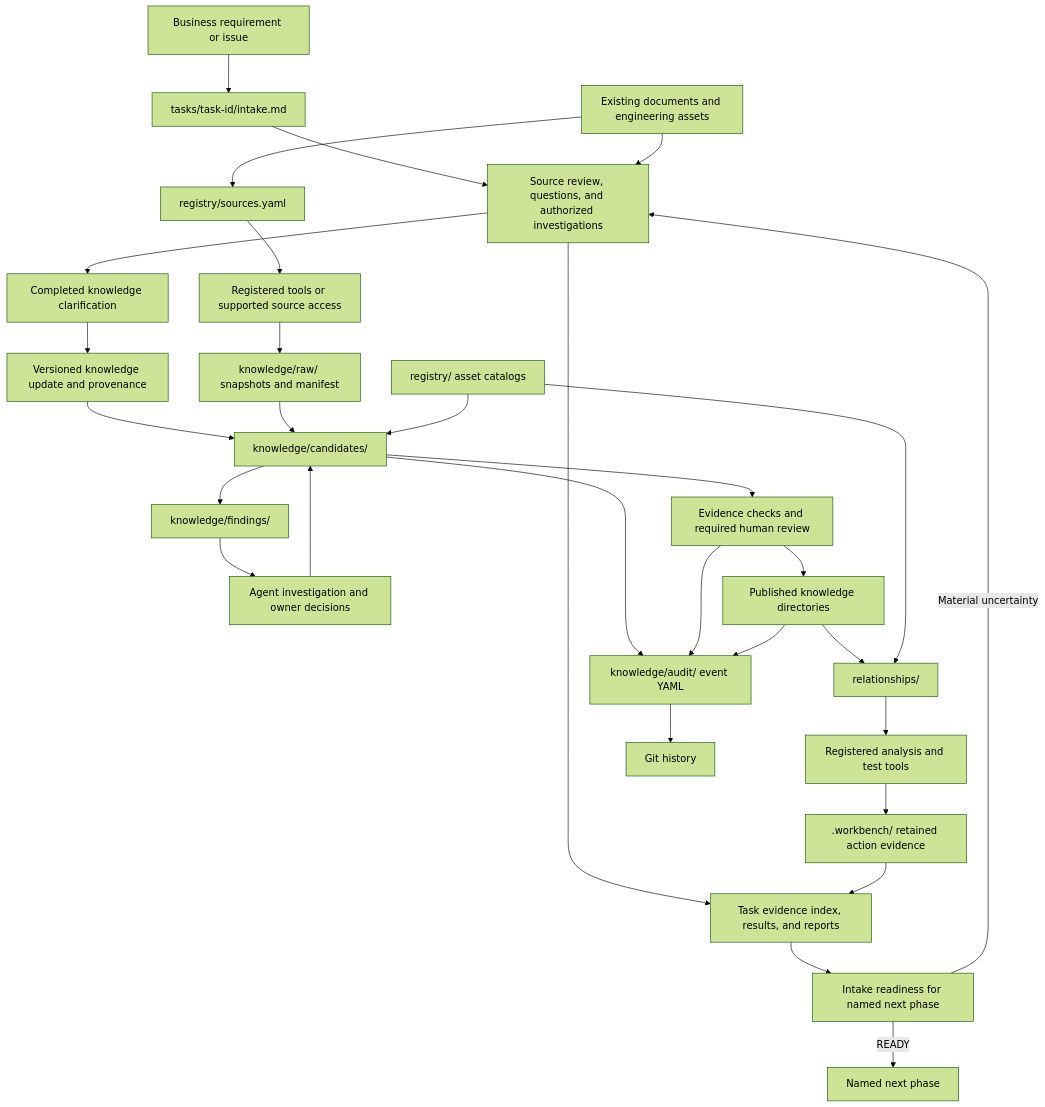
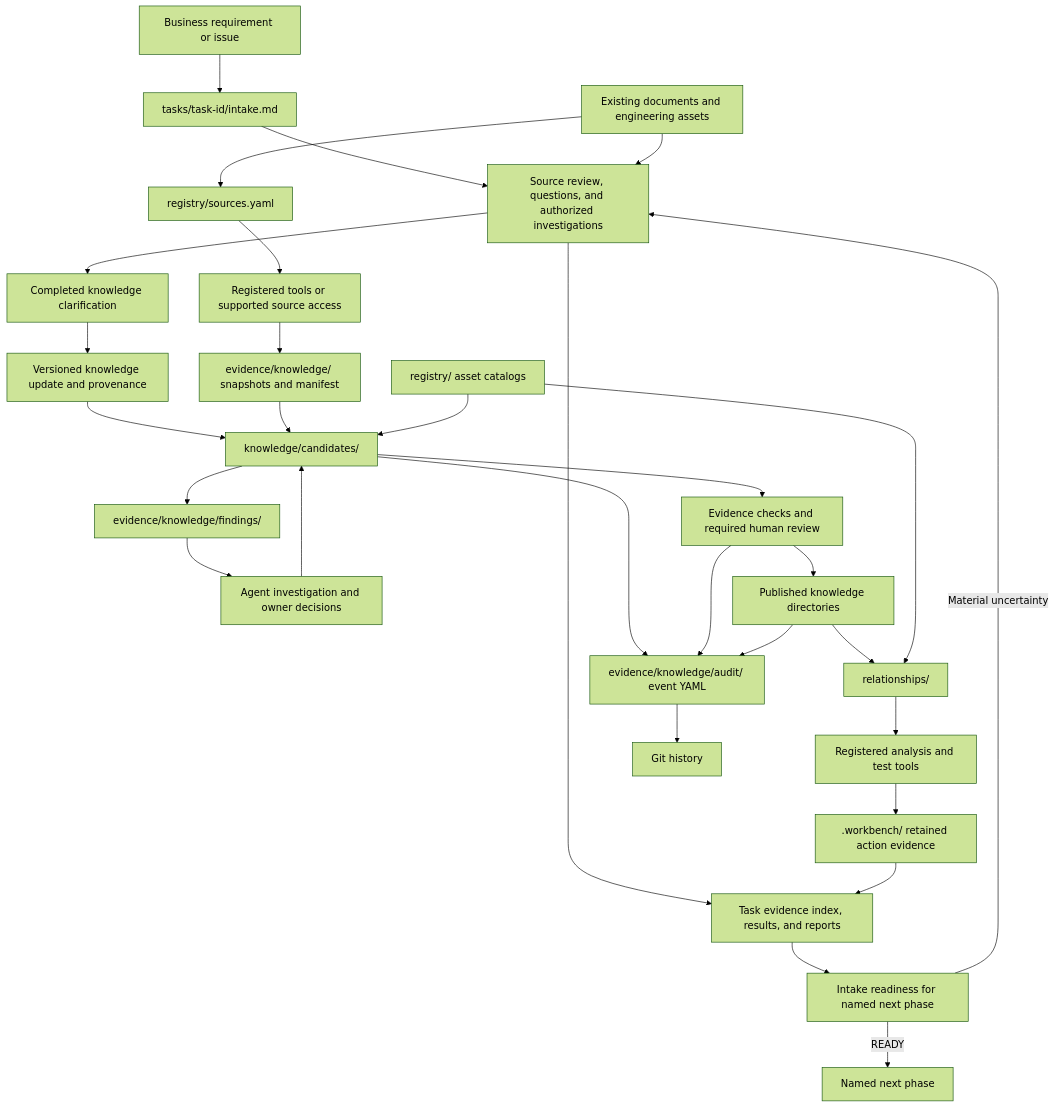
The first of 2 diagrams in docs/WORKSPACE_DESIGN.md (lushevol/sdlc-workbench), drawn with Mermaid (forest theme) before and after one commit. The commit also changed other lines of this file and 569 other files, not shown here.

````diff
--- a/docs/WORKSPACE_DESIGN.md
+++ b/docs/WORKSPACE_DESIGN.md
@@ -258,32 +266,32 @@
 ```mermaid
 flowchart TD
   Request[Business requirement or issue] --> Intake[tasks/task-id/intake.md]
   Intake --> Collection[Source review, questions, and authorized investigations]
   Collection --> TaskEvidence[Task evidence index, results, and reports]
   Collection --> Clarification[Completed knowledge clarification]
   Clarification --> KnowledgeUpdate[Versioned knowledge update and provenance]
   KnowledgeUpdate --> Candidates
   TaskEvidence --> Readiness[Intake readiness for named next phase]
   Readiness -->|Material uncertainty| Collection
   Readiness -->|READY| Next[Named next phase]
   External[Existing documents and engineering assets] --> Sources[registry/sources.yaml]
   External --> Collection
   Sources --> Access[Registered tools or supported source access]
-  Access --> Raw[knowledge/raw/ snapshots and manifest]
+  Access --> Raw[evidence/knowledge/ snapshots and manifest]
   Raw --> Candidates[knowledge/candidates/]
-  Candidates --> Findings[knowledge/findings/]
+  Candidates --> Findings[evidence/knowledge/findings/]
   Findings --> Investigation[Agent investigation and owner decisions]
   Investigation --> Candidates
   Candidates --> Review[Evidence checks and required human review]
   Review --> Published[Published knowledge directories]
   Published --> Relationships[relationships/]
   Relationships --> Execution[Registered analysis and test tools]
   Execution --> Evidence[.workbench/ retained action evidence]
   Evidence --> TaskEvidence
-  Candidates --> Audit[knowledge/audit/ event YAML]
+  Candidates --> Audit[evidence/knowledge/audit/ event YAML]
   Review --> Audit
   Published --> Audit
   Audit --> History[Git history]
   Registry[registry/ asset catalogs] --> Candidates
   Registry --> Relationships
 ```
````
